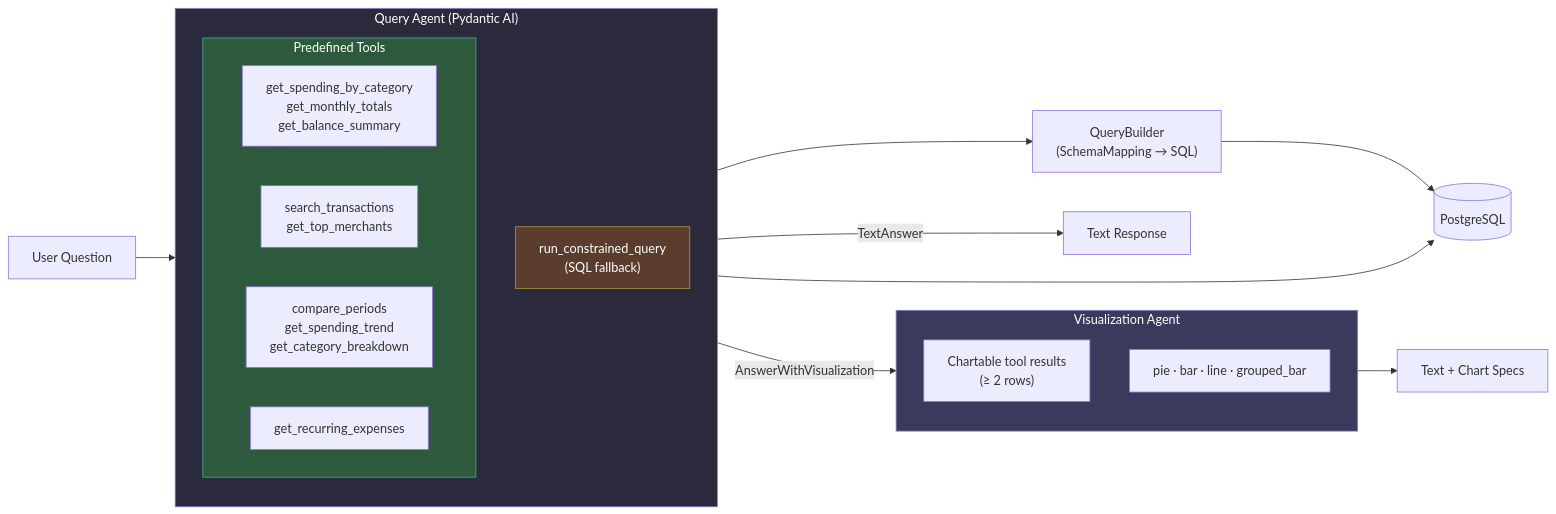
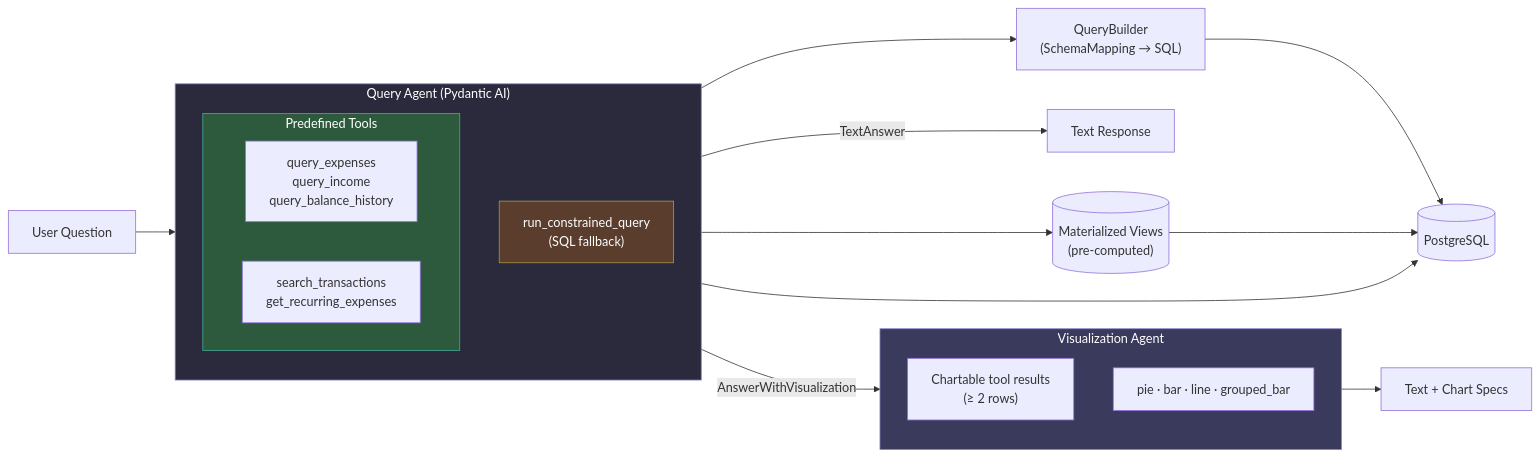
The first of 8 diagrams in README.md (maxibove13/finance-query-agent), drawn with Mermaid before and after one commit. The commit also changed other lines of this file and 2 other files, not shown here.

First line of the commit message:
docs: update documentation to match consolidated tool architecture (#22)

````diff
--- a/README.md
+++ b/README.md
@@ -7,36 +7,36 @@
 ```mermaid
 graph LR
     Q["User Question"] --> QUERY_AGENT
 
     subgraph QUERY_AGENT["Query Agent (Pydantic AI)"]
         direction TB
         subgraph PREDEFINED["Predefined Tools"]
             direction LR
-            S["get_spending_by_category\nget_monthly_totals\nget_balance_summary"]
-            T["search_transactions\nget_top_merchants"]
-            R["compare_periods\nget_spending_trend\nget_category_breakdown"]
-            P["get_recurring_expenses"]
+            V["query_expenses\nquery_income\nquery_balance_history"]
+            D["search_transactions\nget_recurring_expenses"]
         end
         FB["run_constrained_query\n(SQL fallback)"]
     end
 
     QUERY_AGENT -->|"TextAnswer"| OUT_TEXT["Text Response"]
     QUERY_AGENT -->|"AnswerWithVisualization"| VIZ_AGENT
 
     subgraph VIZ_AGENT["Visualization Agent"]
         direction TB
         VIZ_IN["Chartable tool results\n(≥ 2 rows)"]
         VIZ_OUT["pie · bar · line · grouped_bar"]
     end
 
     VIZ_AGENT --> OUT_VIZ["Text + Chart Specs"]
 
-    PREDEFINED --> QB["QueryBuilder\n(SchemaMapping → SQL)"]
+    V --> MV[("Materialized Views\n(pre-computed)")]
+    D --> QB["QueryBuilder\n(SchemaMapping → SQL)"]
     QB --> PG[("PostgreSQL")]
+    MV --> PG
     FB --> PG
 
     style QUERY_AGENT fill:#2a2a3c,stroke:#88c,color:#fff
     style PREDEFINED fill:#2d5a3d,stroke:#4a9,color:#fff
     style FB fill:#5a3d2d,stroke:#a94,color:#fff
     style VIZ_AGENT fill:#3a3a5c,stroke:#88c,color:#fff
 ```
````
